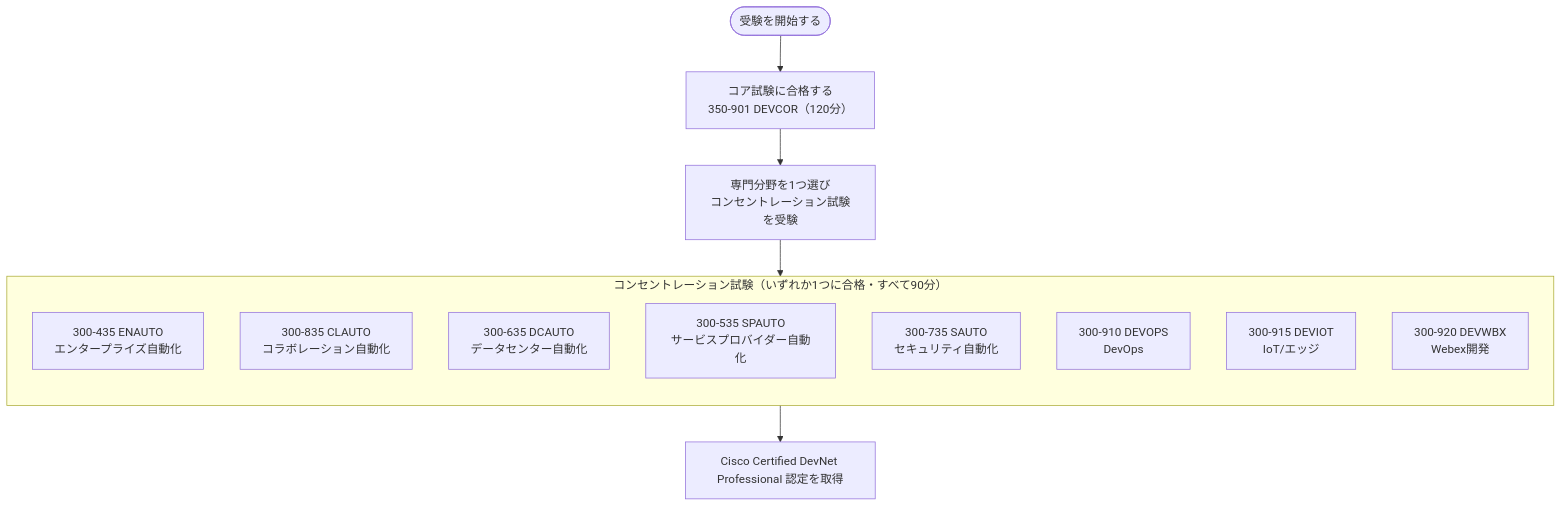
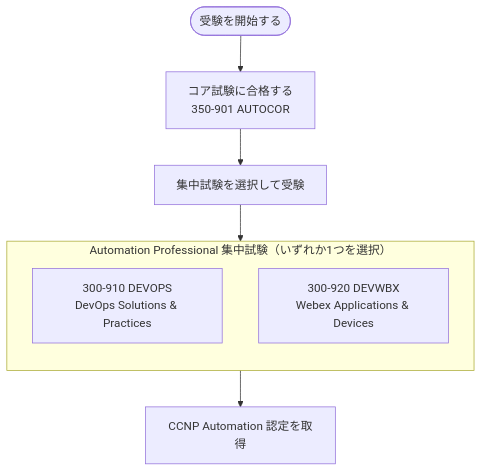
One commit to myoshi2891/Cloud-Infrastructure-Studies changed the second of 6 diagrams in Cisco-devnet-professional-guide.md. Above: the diagram before and after it, drawn with Mermaid. The commit also changed other lines of this file, not shown here.

Commit message:
fix(docs): update heading level and CCNP Automation certification details in Cisco-devnet-professional-guide.md

````diff
--- a/Cisco-devnet-professional-guide.md
+++ b/Cisco-devnet-professional-guide.md
@@ -121,20 +117,14 @@
 ```mermaid
 flowchart TB
-    Start(["受験を開始する"]) --> Core["コア試験に合格する<br/>350-901 DEVCOR（120分）"]
-    Core --> Choose["専門分野を1つ選び<br/>コンセントレーション試験を受験"]
+    Start(["受験を開始する"]) --> Core["コア試験に合格する<br/>350-901 AUTOCOR"]
+    Core --> Choose["集中試験を選択して受験"]
 
-    subgraph Concentrations["コンセントレーション試験（いずれか1つに合格・すべて90分）"]
+    subgraph Concentrations["Automation Professional 集中試験（いずれか1つを選択）"]
         direction TB
-        C1["300-435 ENAUTO<br/>エンタープライズ自動化"]
-        C2["300-835 CLAUTO<br/>コラボレーション自動化"]
-        C3["300-635 DCAUTO<br/>データセンター自動化"]
-        C4["300-535 SPAUTO<br/>サービスプロバイダー自動化"]
-        C5["300-735 SAUTO<br/>セキュリティ自動化"]
-        C6["300-910 DEVOPS<br/>DevOps"]
-        C7["300-915 DEVIOT<br/>IoT/エッジ"]
-        C8["300-920 DEVWBX<br/>Webex開発"]
+        C1["300-910 DEVOPS<br/>DevOps Solutions & Practices"]
+        C2["300-920 DEVWBX<br/>Webex Applications & Devices"]
     end
 
     Choose --> Concentrations
-    Concentrations --> Result["Cisco Certified DevNet Professional 認定を取得"]
+    Concentrations --> Result["CCNP Automation 認定を取得"]
 ```
````
